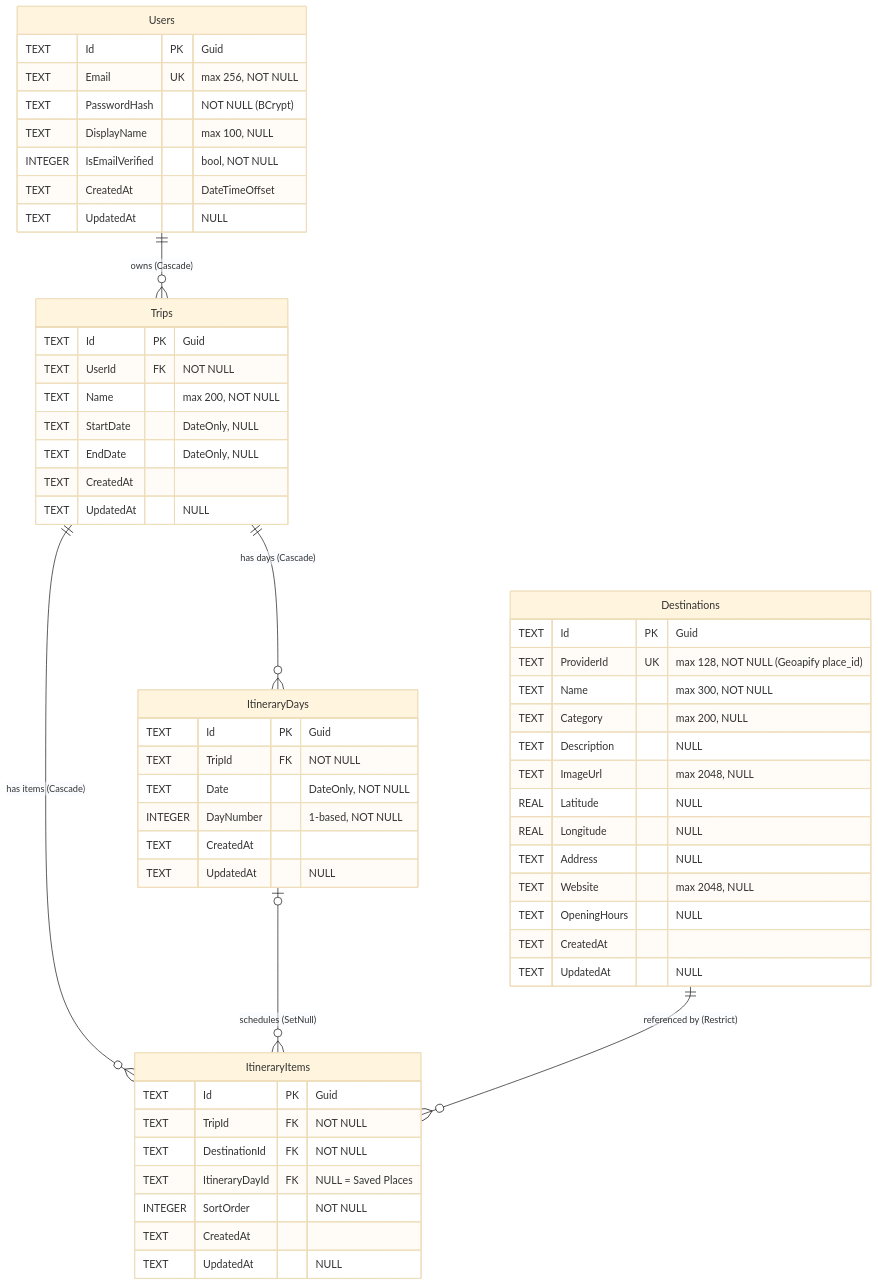
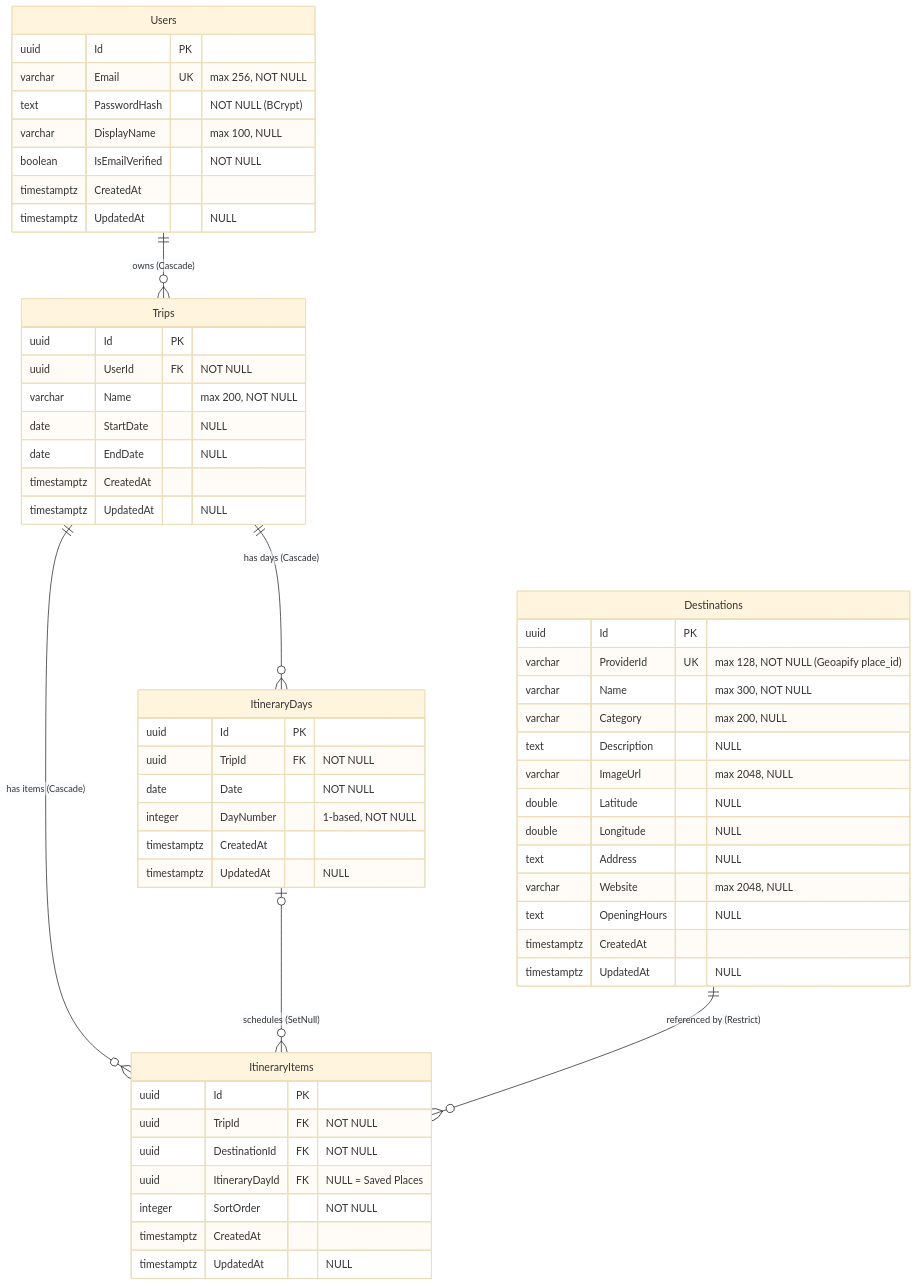
Before and after one commit to huykhaduy/TripPlannerLearning: the diagram in TECHNICAL_SPEC.md, drawn with Mermaid (base theme). The commit also changed other lines of this file and 12 other files, not shown here.

Commit message:
Drop SQLite, make PostgreSQL the only database provider

````diff
--- a/TECHNICAL_SPEC.md
+++ b/TECHNICAL_SPEC.md
@@ -749,59 +750,59 @@
 ```mermaid
 erDiagram
     Users ||--o{ Trips : "owns (Cascade)"
     Trips ||--o{ ItineraryDays : "has days (Cascade)"
     Trips ||--o{ ItineraryItems : "has items (Cascade)"
     ItineraryDays |o--o{ ItineraryItems : "schedules (SetNull)"
     Destinations ||--o{ ItineraryItems : "referenced by (Restrict)"
 
     Users {
-        TEXT Id PK "Guid"
-        TEXT Email UK "max 256, NOT NULL"
-        TEXT PasswordHash "NOT NULL (BCrypt)"
-        TEXT DisplayName "max 100, NULL"
-        INTEGER IsEmailVerified "bool, NOT NULL"
-        TEXT CreatedAt "DateTimeOffset"
-        TEXT UpdatedAt "NULL"
+        uuid Id PK
+        varchar Email UK "max 256, NOT NULL"
+        text PasswordHash "NOT NULL (BCrypt)"
+        varchar DisplayName "max 100, NULL"
+        boolean IsEmailVerified "NOT NULL"
+        timestamptz CreatedAt ""
+        timestamptz UpdatedAt "NULL"
     }
     Trips {
-        TEXT Id PK "Guid"
-        TEXT UserId FK "NOT NULL"
-        TEXT Name "max 200, NOT NULL"
-        TEXT StartDate "DateOnly, NULL"
-        TEXT EndDate "DateOnly, NULL"
-        TEXT CreatedAt ""
-        TEXT UpdatedAt "NULL"
+        uuid Id PK
+        uuid UserId FK "NOT NULL"
+        varchar Name "max 200, NOT NULL"
+        date StartDate "NULL"
+        date EndDate "NULL"
+        timestamptz CreatedAt ""
+        timestamptz UpdatedAt "NULL"
     }
     ItineraryDays {
-        TEXT Id PK "Guid"
-        TEXT TripId FK "NOT NULL"
-        TEXT Date "DateOnly, NOT NULL"
-        INTEGER DayNumber "1-based, NOT NULL"
-        TEXT CreatedAt ""
-        TEXT UpdatedAt "NULL"
+        uuid Id PK
+        uuid TripId FK "NOT NULL"
+        date Date "NOT NULL"
+        integer DayNumber "1-based, NOT NULL"
+        timestamptz CreatedAt ""
+        timestamptz UpdatedAt "NULL"
     }
     ItineraryItems {
-        TEXT Id PK "Guid"
-        TEXT TripId FK "NOT NULL"
-        TEXT DestinationId FK "NOT NULL"
-        TEXT ItineraryDayId FK "NULL = Saved Places"
-        INTEGER SortOrder "NOT NULL"
-        TEXT CreatedAt ""
-        TEXT UpdatedAt "NULL"
+        uuid Id PK
+        uuid TripId FK "NOT NULL"
+        uuid DestinationId FK "NOT NULL"
+        uuid ItineraryDayId FK "NULL = Saved Places"
+        integer SortOrder "NOT NULL"
+        timestamptz CreatedAt ""
+        timestamptz UpdatedAt "NULL"
     }
     Destinations {
-        TEXT Id PK "Guid"
-        TEXT ProviderId UK "max 128, NOT NULL (Geoapify place_id)"
-        TEXT Name "max 300, NOT NULL"
-        TEXT Category "max 200, NULL"
-        TEXT Description "NULL"
-        TEXT ImageUrl "max 2048, NULL"
-        REAL Latitude "NULL"
-        REAL Longitude "NULL"
-        TEXT Address "NULL"
-        TEXT Website "max 2048, NULL"
-        TEXT OpeningHours "NULL"
-        TEXT CreatedAt ""
-        TEXT UpdatedAt "NULL"
+        uuid Id PK
+        varchar ProviderId UK "max 128, NOT NULL (Geoapify place_id)"
+        varchar Name "max 300, NOT NULL"
+        varchar Category "max 200, NULL"
+        text Description "NULL"
+        varchar ImageUrl "max 2048, NULL"
+        double Latitude "NULL"
+        double Longitude "NULL"
+        text Address "NULL"
+        varchar Website "max 2048, NULL"
+        text OpeningHours "NULL"
+        timestamptz CreatedAt ""
+        timestamptz UpdatedAt "NULL"
     }
 ```
````
